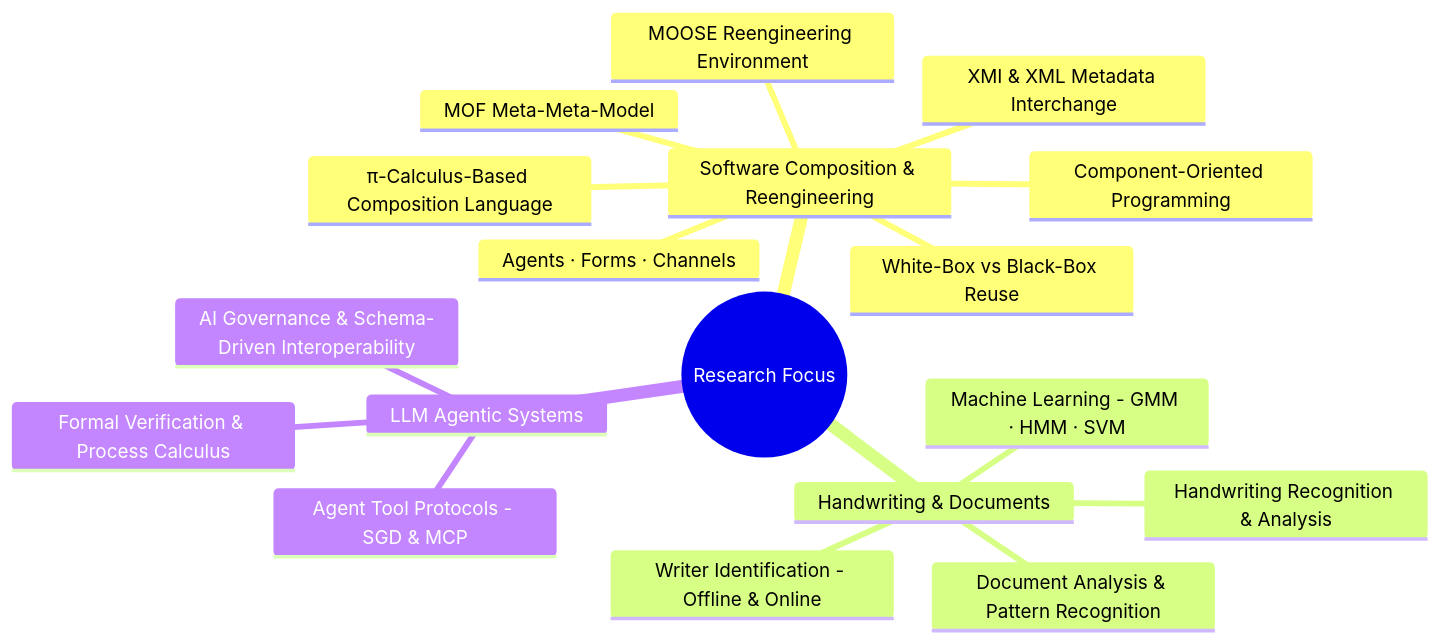
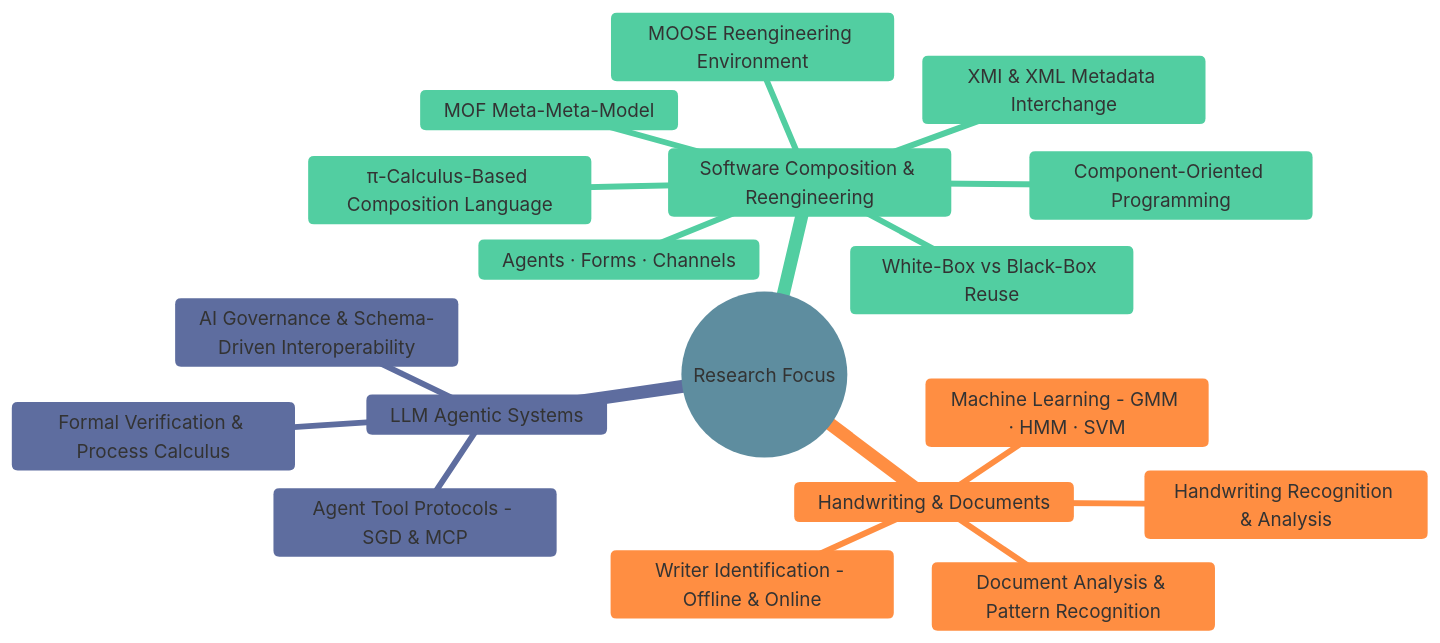
The first of 2 diagrams in README.md (schlpbch/publications), drawn with Mermaid before and after one commit. The commit also changed other lines of this file and 3 other files, not shown here.

````diff
--- a/README.md
+++ b/README.md
@@ -73,21 +65,22 @@
 ```mermaid
+%%{init: {'theme': 'base', 'themeVariables': {'primaryColor': '#aec6cf', 'primaryTextColor': '#333333', 'primaryBorderColor': '#999999', 'lineColor': '#999999', 'secondaryColor': '#b5ead7', 'tertiaryColor': '#ffdac1'}}}%%
 mindmap
   root((Research Focus))
     Software Composition & Reengineering
       π-Calculus-Based Composition Language
       Agents · Forms · Channels
       XMI & XML Metadata Interchange
       MOF Meta-Meta-Model
       MOOSE Reengineering Environment
       Component-Oriented Programming
       White-Box vs Black-Box Reuse
     Handwriting & Documents
       Machine Learning - GMM · HMM · SVM
       Handwriting Recognition & Analysis
       Writer Identification - Offline & Online
       Document Analysis & Pattern Recognition
     LLM Agentic Systems
       Agent Tool Protocols - SGD & MCP
       Formal Verification & Process Calculus
       AI Governance & Schema-Driven Interoperability
 ```
````
